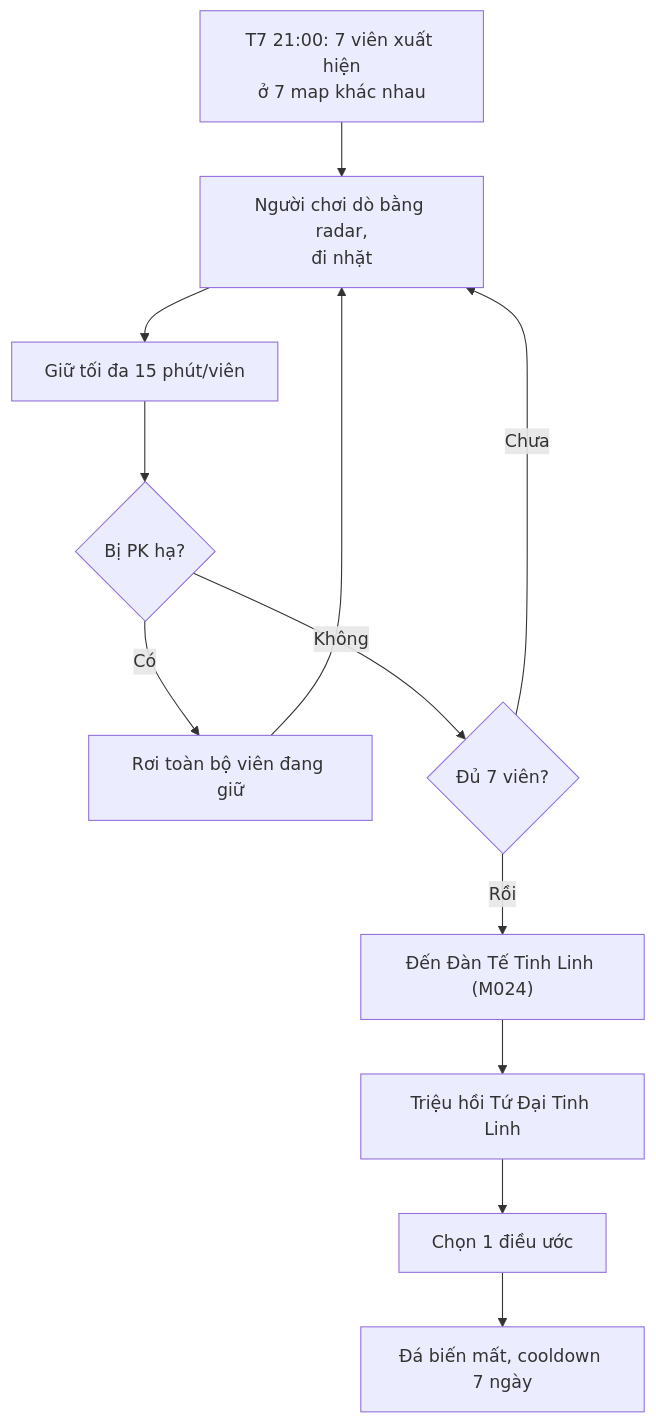
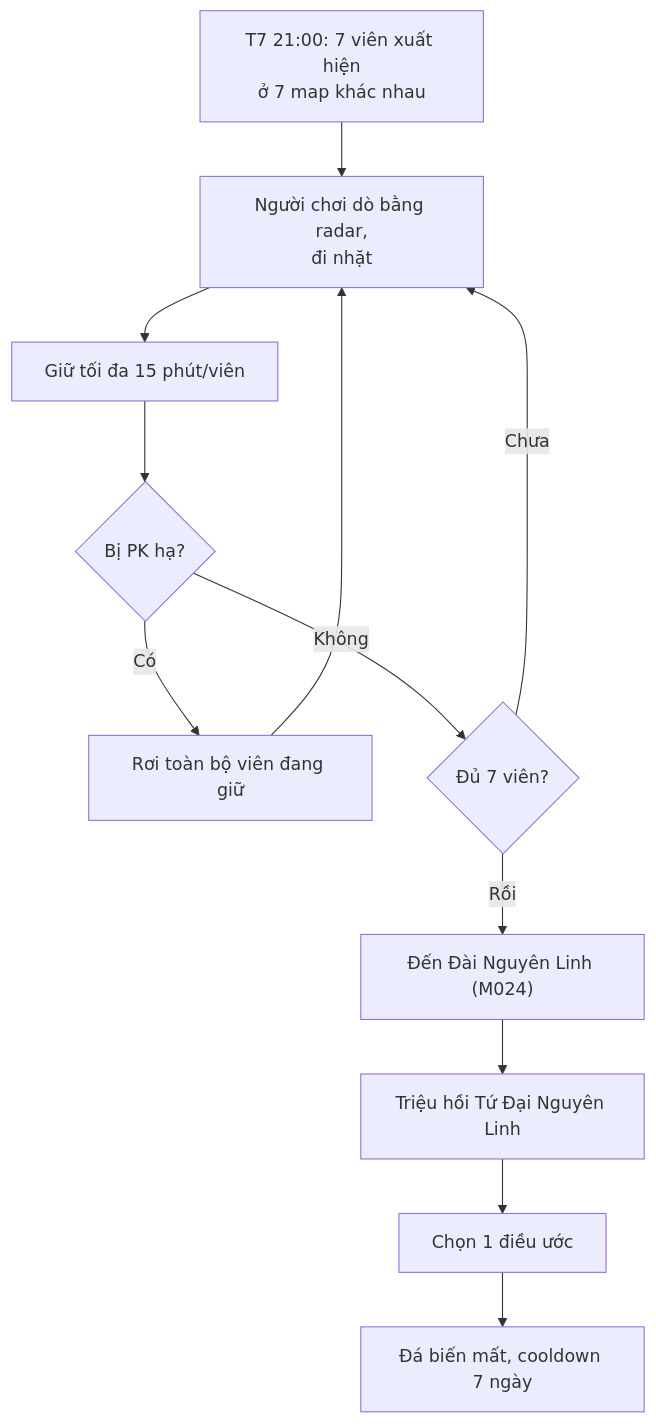
Diagram 11 of 13 in docs/workflows/player-journey.md (thehuygnouhk/game-2d), drawn with Mermaid before and after one commit. The commit also changed other lines of this file and 35 other files, not shown here.

````diff
--- a/docs/workflows/player-journey.md
+++ b/docs/workflows/player-journey.md
@@ -219,14 +219,14 @@
 ```mermaid
 flowchart TD
     S["T7 21:00: 7 viên xuất hiện<br/>ở 7 map khác nhau"] --> F["Người chơi dò bằng radar,<br/>đi nhặt"]
     F --> H["Giữ tối đa 15 phút/viên"]
     H --> K{"Bị PK hạ?"}
     K -- "Có" --> L["Rơi toàn bộ viên đang giữ"]
     L --> F
     K -- "Không" --> A{"Đủ 7 viên?"}
     A -- "Chưa" --> F
-    A -- "Rồi" --> Z["Đến Đàn Tế Tinh Linh (M024)"]
-    Z --> C["Triệu hồi Tứ Đại Tinh Linh"]
+    A -- "Rồi" --> Z["Đến Đài Nguyên Linh (M024)"]
+    Z --> C["Triệu hồi Tứ Đại Nguyên Linh"]
     C --> W["Chọn 1 điều ước"]
     W --> E["Đá biến mất, cooldown 7 ngày"]
 ```
````
